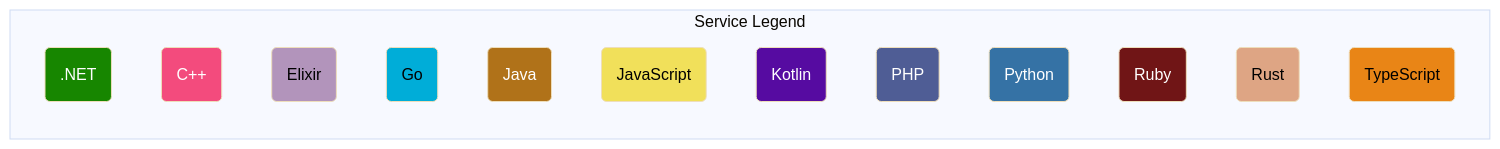
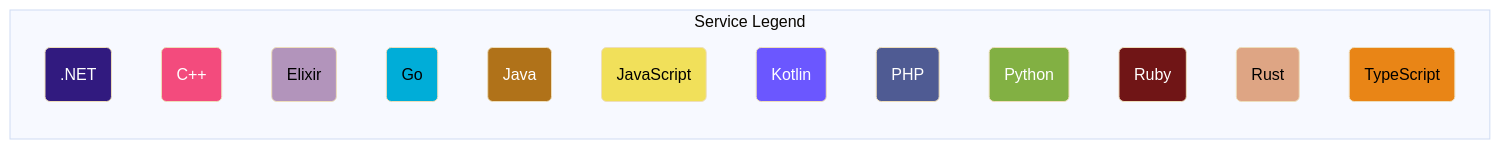
One commit to open-telemetry/opentelemetry.io changed the second of 3 diagrams in content/en/docs/demo/architecture.md. Above: the diagram before and after it, drawn with Mermaid (base theme). The commit also changed other lines of this file, not shown here.

Commit message:
[demo] improve architecture diagram

````diff
--- a/content/en/docs/demo/architecture.md
+++ b/content/en/docs/demo/architecture.md
@@ -109,30 +108,30 @@
 ```mermaid
 graph LR
 subgraph Service Legend
   dotnetsvc(.NET):::dotnet
   cppsvc(C++):::cpp
   elixirsvc(Elixir):::elixir
   golangsvc(Go):::golang
   javasvc(Java):::java
   javascriptsvc(JavaScript):::javascript
   kotlinsvc(Kotlin):::kotlin
   phpsvc(PHP):::php
   pythonsvc(Python):::python
   rubysvc(Ruby):::ruby
   rustsvc(Rust):::rust
   typescriptsvc(TypeScript):::typescript
 end
 
-classDef dotnet fill:#178600,color:white;
+classDef dotnet fill:#311a7f,color:white;
 classDef cpp fill:#f34b7d,color:white;
 classDef elixir fill:#b294bb,color:black;
 classDef golang fill:#00add8,color:black;
 classDef java fill:#b07219,color:white;
 classDef javascript fill:#f1e05a,color:black;
-classDef kotlin fill:#560ba1,color:white;
-classDef php fill:#4f5d95,color:white;
-classDef python fill:#3572A5,color:white;
+classDef kotlin fill:#6b57ff,color:white;
+classDef php fill:#4F5B93,color:white;
+classDef python fill:#82b043,color:white;
 classDef ruby fill:#701516,color:white;
 classDef rust fill:#dea584,color:black;
 classDef typescript fill:#e98516,color:black;
 ```
````
